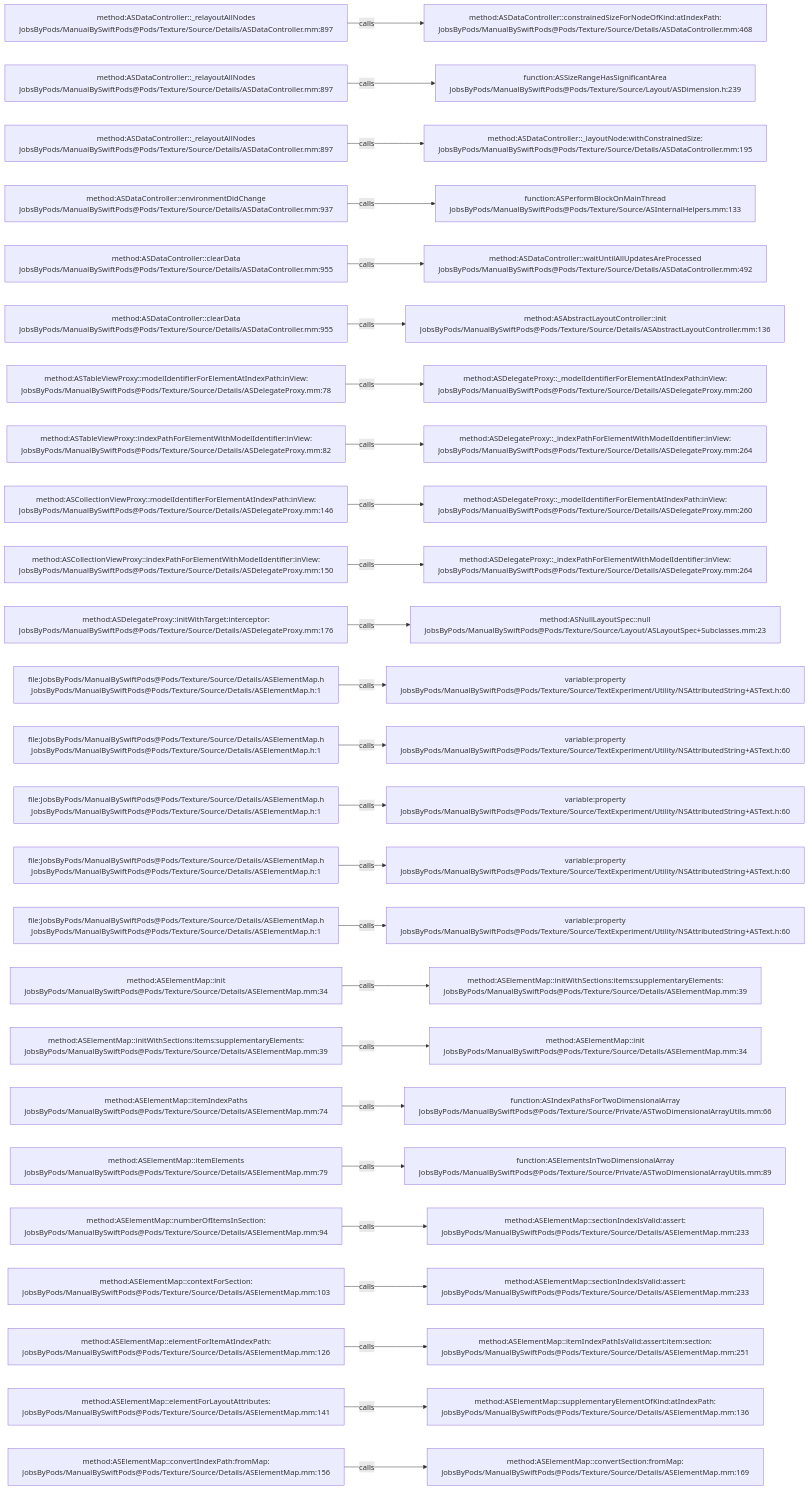
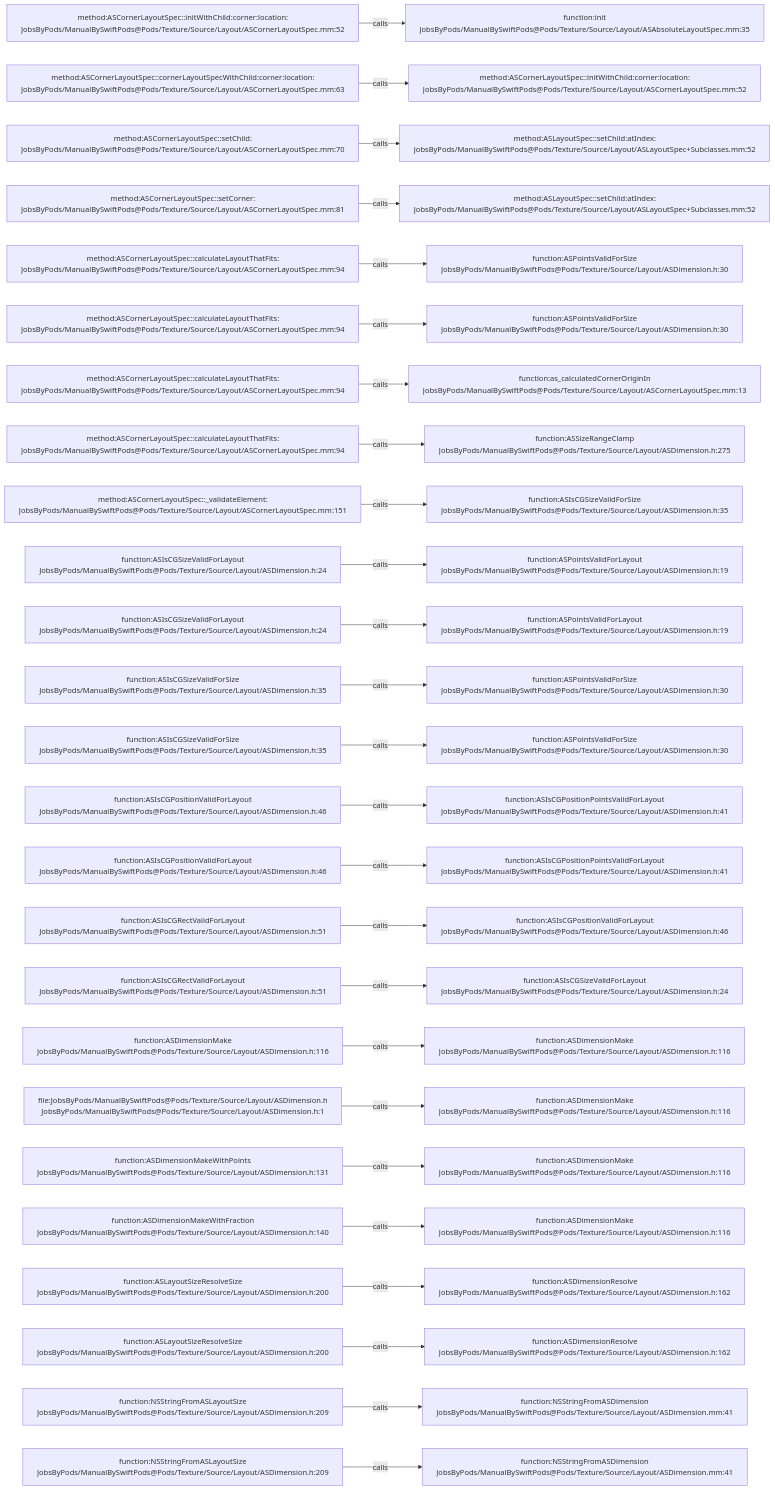
Before and after one commit to JobsKits/JobsSwiftBaseConfigDemo: the diagram in .codegraph/codegraph.md/graphs/calls-106.md, drawn with Mermaid. The commit also changed 832 other files, not shown here.

````diff
--- a/.codegraph/codegraph.md/graphs/calls-106.md
+++ b/.codegraph/codegraph.md/graphs/calls-106.md
@@ -13,78 +13,78 @@
 ```mermaid
 flowchart LR
-  S1["method:ASDataController::_relayoutAllNodes<br/>JobsByPods/ManualBySwiftPods@Pods/Texture/Source/Details/ASDataController.mm:897"]
-  T1["method:ASDataController::constrainedSizeForNodeOfKind:atIndexPath:<br/>JobsByPods/ManualBySwiftPods@Pods/Texture/Source/Details/ASDataController.mm:468"]
+  S1["method:ASCornerLayoutSpec::initWithChild:corner:location:<br/>JobsByPods/ManualBySwiftPods@Pods/Texture/Source/Layout/ASCornerLayoutSpec.mm:52"]
+  T1["function:init<br/>JobsByPods/ManualBySwiftPods@Pods/Texture/Source/Layout/ASAbsoluteLayoutSpec.mm:35"]
   S1 -->|calls| T1
-  S2["method:ASDataController::_relayoutAllNodes<br/>JobsByPods/ManualBySwiftPods@Pods/Texture/Source/Details/ASDataController.mm:897"]
-  T2["function:ASSizeRangeHasSignificantArea<br/>JobsByPods/ManualBySwiftPods@Pods/Texture/Source/Layout/ASDimension.h:239"]
+  S2["method:ASCornerLayoutSpec::cornerLayoutSpecWithChild:corner:location:<br/>JobsByPods/ManualBySwiftPods@Pods/Texture/Source/Layout/ASCornerLayoutSpec.mm:63"]
+  T2["method:ASCornerLayoutSpec::initWithChild:corner:location:<br/>JobsByPods/ManualBySwiftPods@Pods/Texture/Source/Layout/ASCornerLayoutSpec.mm:52"]
   S2 -->|calls| T2
-  S3["method:ASDataController::_relayoutAllNodes<br/>JobsByPods/ManualBySwiftPods@Pods/Texture/Source/Details/ASDataController.mm:897"]
-  T3["method:ASDataController::_layoutNode:withConstrainedSize:<br/>JobsByPods/ManualBySwiftPods@Pods/Texture/Source/Details/ASDataController.mm:195"]
+  S3["method:ASCornerLayoutSpec::setChild:<br/>JobsByPods/ManualBySwiftPods@Pods/Texture/Source/Layout/ASCornerLayoutSpec.mm:70"]
+  T3["method:ASLayoutSpec::setChild:atIndex:<br/>JobsByPods/ManualBySwiftPods@Pods/Texture/Source/Layout/ASLayoutSpec+Subclasses.mm:52"]
   S3 -->|calls| T3
-  S4["method:ASDataController::environmentDidChange<br/>JobsByPods/ManualBySwiftPods@Pods/Texture/Source/Details/ASDataController.mm:937"]
-  T4["function:ASPerformBlockOnMainThread<br/>JobsByPods/ManualBySwiftPods@Pods/Texture/Source/ASInternalHelpers.mm:133"]
+  S4["method:ASCornerLayoutSpec::setCorner:<br/>JobsByPods/ManualBySwiftPods@Pods/Texture/Source/Layout/ASCornerLayoutSpec.mm:81"]
+  T4["method:ASLayoutSpec::setChild:atIndex:<br/>JobsByPods/ManualBySwiftPods@Pods/Texture/Source/Layout/ASLayoutSpec+Subclasses.mm:52"]
   S4 -->|calls| T4
-  S5["method:ASDataController::clearData<br/>JobsByPods/ManualBySwiftPods@Pods/Texture/Source/Details/ASDataController.mm:955"]
-  T5["method:ASDataController::waitUntilAllUpdatesAreProcessed<br/>JobsByPods/ManualBySwiftPods@Pods/Texture/Source/Details/ASDataController.mm:492"]
+  S5["method:ASCornerLayoutSpec::calculateLayoutThatFits:<br/>JobsByPods/ManualBySwiftPods@Pods/Texture/Source/Layout/ASCornerLayoutSpec.mm:94"]
+  T5["function:ASPointsValidForSize<br/>JobsByPods/ManualBySwiftPods@Pods/Texture/Source/Layout/ASDimension.h:30"]
   S5 -->|calls| T5
-  S6["method:ASDataController::clearData<br/>JobsByPods/ManualBySwiftPods@Pods/Texture/Source/Details/ASDataController.mm:955"]
-  T6["method:ASAbstractLayoutController::init<br/>JobsByPods/ManualBySwiftPods@Pods/Texture/Source/Details/ASAbstractLayoutController.mm:136"]
+  S6["method:ASCornerLayoutSpec::calculateLayoutThatFits:<br/>JobsByPods/ManualBySwiftPods@Pods/Texture/Source/Layout/ASCornerLayoutSpec.mm:94"]
+  T6["function:ASPointsValidForSize<br/>JobsByPods/ManualBySwiftPods@Pods/Texture/Source/Layout/ASDimension.h:30"]
   S6 -->|calls| T6
-  S7["method:ASTableViewProxy::modelIdentifierForElementAtIndexPath:inView:<br/>JobsByPods/ManualBySwiftPods@Pods/Texture/Source/Details/ASDelegateProxy.mm:78"]
-  T7["method:ASDelegateProxy::_modelIdentifierForElementAtIndexPath:inView:<br/>JobsByPods/ManualBySwiftPods@Pods/Texture/Source/Details/ASDelegateProxy.mm:260"]
+  S7["method:ASCornerLayoutSpec::calculateLayoutThatFits:<br/>JobsByPods/ManualBySwiftPods@Pods/Texture/Source/Layout/ASCornerLayoutSpec.mm:94"]
+  T7["function:as_calculatedCornerOriginIn<br/>JobsByPods/ManualBySwiftPods@Pods/Texture/Source/Layout/ASCornerLayoutSpec.mm:13"]
   S7 -->|calls| T7
-  S8["method:ASTableViewProxy::indexPathForElementWithModelIdentifier:inView:<br/>JobsByPods/ManualBySwiftPods@Pods/Texture/Source/Details/ASDelegateProxy.mm:82"]
-  T8["method:ASDelegateProxy::_indexPathForElementWithModelIdentifier:inView:<br/>JobsByPods/ManualBySwiftPods@Pods/Texture/Source/Details/ASDelegateProxy.mm:264"]
+  S8["method:ASCornerLayoutSpec::calculateLayoutThatFits:<br/>JobsByPods/ManualBySwiftPods@Pods/Texture/Source/Layout/ASCornerLayoutSpec.mm:94"]
+  T8["function:ASSizeRangeClamp<br/>JobsByPods/ManualBySwiftPods@Pods/Texture/Source/Layout/ASDimension.h:275"]
   S8 -->|calls| T8
-  S9["method:ASCollectionViewProxy::modelIdentifierForElementAtIndexPath:inView:<br/>JobsByPods/ManualBySwiftPods@Pods/Texture/Source/Details/ASDelegateProxy.mm:146"]
-  T9["method:ASDelegateProxy::_modelIdentifierForElementAtIndexPath:inView:<br/>JobsByPods/ManualBySwiftPods@Pods/Texture/Source/Details/ASDelegateProxy.mm:260"]
+  S9["method:ASCornerLayoutSpec::_validateElement:<br/>JobsByPods/ManualBySwiftPods@Pods/Texture/Source/Layout/ASCornerLayoutSpec.mm:151"]
+  T9["function:ASIsCGSizeValidForSize<br/>JobsByPods/ManualBySwiftPods@Pods/Texture/Source/Layout/ASDimension.h:35"]
   S9 -->|calls| T9
-  S10["method:ASCollectionViewProxy::indexPathForElementWithModelIdentifier:inView:<br/>JobsByPods/ManualBySwiftPods@Pods/Texture/Source/Details/ASDelegateProxy.mm:150"]
-  T10["method:ASDelegateProxy::_indexPathForElementWithModelIdentifier:inView:<br/>JobsByPods/ManualBySwiftPods@Pods/Texture/Source/Details/ASDelegateProxy.mm:264"]
+  S10["function:ASIsCGSizeValidForLayout<br/>JobsByPods/ManualBySwiftPods@Pods/Texture/Source/Layout/ASDimension.h:24"]
+  T10["function:ASPointsValidForLayout<br/>JobsByPods/ManualBySwiftPods@Pods/Texture/Source/Layout/ASDimension.h:19"]
   S10 -->|calls| T10
-  S11["method:ASDelegateProxy::initWithTarget:interceptor:<br/>JobsByPods/ManualBySwiftPods@Pods/Texture/Source/Details/ASDelegateProxy.mm:176"]
-  T11["method:ASNullLayoutSpec::null<br/>JobsByPods/ManualBySwiftPods@Pods/Texture/Source/Layout/ASLayoutSpec+Subclasses.mm:23"]
+  S11["function:ASIsCGSizeValidForLayout<br/>JobsByPods/ManualBySwiftPods@Pods/Texture/Source/Layout/ASDimension.h:24"]
+  T11["function:ASPointsValidForLayout<br/>JobsByPods/ManualBySwiftPods@Pods/Texture/Source/Layout/ASDimension.h:19"]
   S11 -->|calls| T11
-  S12["file:JobsByPods/ManualBySwiftPods@Pods/Texture/Source/Details/ASElementMap.h<br/>JobsByPods/ManualBySwiftPods@Pods/Texture/Source/Details/ASElementMap.h:1"]
-  T12["variable:property<br/>JobsByPods/ManualBySwiftPods@Pods/Texture/Source/TextExperiment/Utility/NSAttributedString+ASText.h:60"]
+  S12["function:ASIsCGSizeValidForSize<br/>JobsByPods/ManualBySwiftPods@Pods/Texture/Source/Layout/ASDimension.h:35"]
+  T12["function:ASPointsValidForSize<br/>JobsByPods/ManualBySwiftPods@Pods/Texture/Source/Layout/ASDimension.h:30"]
   S12 -->|calls| T12
-  S13["file:JobsByPods/ManualBySwiftPods@Pods/Texture/Source/Details/ASElementMap.h<br/>JobsByPods/ManualBySwiftPods@Pods/Texture/Source/Details/ASElementMap.h:1"]
-  T13["variable:property<br/>JobsByPods/ManualBySwiftPods@Pods/Texture/Source/TextExperiment/Utility/NSAttributedString+ASText.h:60"]
+  S13["function:ASIsCGSizeValidForSize<br/>JobsByPods/ManualBySwiftPods@Pods/Texture/Source/Layout/ASDimension.h:35"]
+  T13["function:ASPointsValidForSize<br/>JobsByPods/ManualBySwiftPods@Pods/Texture/Source/Layout/ASDimension.h:30"]
   S13 -->|calls| T13
-  S14["file:JobsByPods/ManualBySwiftPods@Pods/Texture/Source/Details/ASElementMap.h<br/>JobsByPods/ManualBySwiftPods@Pods/Texture/Source/Details/ASElementMap.h:1"]
-  T14["variable:property<br/>JobsByPods/ManualBySwiftPods@Pods/Texture/Source/TextExperiment/Utility/NSAttributedString+ASText.h:60"]
+  S14["function:ASIsCGPositionValidForLayout<br/>JobsByPods/ManualBySwiftPods@Pods/Texture/Source/Layout/ASDimension.h:46"]
+  T14["function:ASIsCGPositionPointsValidForLayout<br/>JobsByPods/ManualBySwiftPods@Pods/Texture/Source/Layout/ASDimension.h:41"]
   S14 -->|calls| T14
-  S15["file:JobsByPods/ManualBySwiftPods@Pods/Texture/Source/Details/ASElementMap.h<br/>JobsByPods/ManualBySwiftPods@Pods/Texture/Source/Details/ASElementMap.h:1"]
-  T15["variable:property<br/>JobsByPods/ManualBySwiftPods@Pods/Texture/Source/TextExperiment/Utility/NSAttributedString+ASText.h:60"]
+  S15["function:ASIsCGPositionValidForLayout<br/>JobsByPods/ManualBySwiftPods@Pods/Texture/Source/Layout/ASDimension.h:46"]
+  T15["function:ASIsCGPositionPointsValidForLayout<br/>JobsByPods/ManualBySwiftPods@Pods/Texture/Source/Layout/ASDimension.h:41"]
   S15 -->|calls| T15
-  S16["file:JobsByPods/ManualBySwiftPods@Pods/Texture/Source/Details/ASElementMap.h<br/>JobsByPods/ManualBySwiftPods@Pods/Texture/Source/Details/ASElementMap.h:1"]
-  T16["variable:property<br/>JobsByPods/ManualBySwiftPods@Pods/Texture/Source/TextExperiment/Utility/NSAttributedString+ASText.h:60"]
+  S16["function:ASIsCGRectValidForLayout<br/>JobsByPods/ManualBySwiftPods@Pods/Texture/Source/Layout/ASDimension.h:51"]
+  T16["function:ASIsCGPositionValidForLayout<br/>JobsByPods/ManualBySwiftPods@Pods/Texture/Source/Layout/ASDimension.h:46"]
   S16 -->|calls| T16
-  S17["method:ASElementMap::init<br/>JobsByPods/ManualBySwiftPods@Pods/Texture/Source/Details/ASElementMap.mm:34"]
-  T17["method:ASElementMap::initWithSections:items:supplementaryElements:<br/>JobsByPods/ManualBySwiftPods@Pods/Texture/Source/Details/ASElementMap.mm:39"]
+  S17["function:ASIsCGRectValidForLayout<br/>JobsByPods/ManualBySwiftPods@Pods/Texture/Source/Layout/ASDimension.h:51"]
+  T17["function:ASIsCGSizeValidForLayout<br/>JobsByPods/ManualBySwiftPods@Pods/Texture/Source/Layout/ASDimension.h:24"]
   S17 -->|calls| T17
-  S18["method:ASElementMap::initWithSections:items:supplementaryElements:<br/>JobsByPods/ManualBySwiftPods@Pods/Texture/Source/Details/ASElementMap.mm:39"]
-  T18["method:ASElementMap::init<br/>JobsByPods/ManualBySwiftPods@Pods/Texture/Source/Details/ASElementMap.mm:34"]
+  S18["function:ASDimensionMake<br/>JobsByPods/ManualBySwiftPods@Pods/Texture/Source/Layout/ASDimension.h:116"]
+  T18["function:ASDimensionMake<br/>JobsByPods/ManualBySwiftPods@Pods/Texture/Source/Layout/ASDimension.h:116"]
   S18 -->|calls| T18
-  S19["method:ASElementMap::itemIndexPaths<br/>JobsByPods/ManualBySwiftPods@Pods/Texture/Source/Details/ASElementMap.mm:74"]
-  T19["function:ASIndexPathsForTwoDimensionalArray<br/>JobsByPods/ManualBySwiftPods@Pods/Texture/Source/Private/ASTwoDimensionalArrayUtils.mm:66"]
+  S19["file:JobsByPods/ManualBySwiftPods@Pods/Texture/Source/Layout/ASDimension.h<br/>JobsByPods/ManualBySwiftPods@Pods/Texture/Source/Layout/ASDimension.h:1"]
+  T19["function:ASDimensionMake<br/>JobsByPods/ManualBySwiftPods@Pods/Texture/Source/Layout/ASDimension.h:116"]
   S19 -->|calls| T19
-  S20["method:ASElementMap::itemElements<br/>JobsByPods/ManualBySwiftPods@Pods/Texture/Source/Details/ASElementMap.mm:79"]
-  T20["function:ASElementsInTwoDimensionalArray<br/>JobsByPods/ManualBySwiftPods@Pods/Texture/Source/Private/ASTwoDimensionalArrayUtils.mm:89"]
+  S20["function:ASDimensionMakeWithPoints<br/>JobsByPods/ManualBySwiftPods@Pods/Texture/Source/Layout/ASDimension.h:131"]
+  T20["function:ASDimensionMake<br/>JobsByPods/ManualBySwiftPods@Pods/Texture/Source/Layout/ASDimension.h:116"]
   S20 -->|calls| T20
-  S21["method:ASElementMap::numberOfItemsInSection:<br/>JobsByPods/ManualBySwiftPods@Pods/Texture/Source/Details/ASElementMap.mm:94"]
-  T21["method:ASElementMap::sectionIndexIsValid:assert:<br/>JobsByPods/ManualBySwiftPods@Pods/Texture/Source/Details/ASElementMap.mm:233"]
+  S21["function:ASDimensionMakeWithFraction<br/>JobsByPods/ManualBySwiftPods@Pods/Texture/Source/Layout/ASDimension.h:140"]
+  T21["function:ASDimensionMake<br/>JobsByPods/ManualBySwiftPods@Pods/Texture/Source/Layout/ASDimension.h:116"]
   S21 -->|calls| T21
-  S22["method:ASElementMap::contextForSection:<br/>JobsByPods/ManualBySwiftPods@Pods/Texture/Source/Details/ASElementMap.mm:103"]
-  T22["method:ASElementMap::sectionIndexIsValid:assert:<br/>JobsByPods/ManualBySwiftPods@Pods/Texture/Source/Details/ASElementMap.mm:233"]
+  S22["function:ASLayoutSizeResolveSize<br/>JobsByPods/ManualBySwiftPods@Pods/Texture/Source/Layout/ASDimension.h:200"]
+  T22["function:ASDimensionResolve<br/>JobsByPods/ManualBySwiftPods@Pods/Texture/Source/Layout/ASDimension.h:162"]
   S22 -->|calls| T22
-  S23["method:ASElementMap::elementForItemAtIndexPath:<br/>JobsByPods/ManualBySwiftPods@Pods/Texture/Source/Details/ASElementMap.mm:126"]
-  T23["method:ASElementMap::itemIndexPathIsValid:assert:item:section:<br/>JobsByPods/ManualBySwiftPods@Pods/Texture/Source/Details/ASElementMap.mm:251"]
+  S23["function:ASLayoutSizeResolveSize<br/>JobsByPods/ManualBySwiftPods@Pods/Texture/Source/Layout/ASDimension.h:200"]
+  T23["function:ASDimensionResolve<br/>JobsByPods/ManualBySwiftPods@Pods/Texture/Source/Layout/ASDimension.h:162"]
   S23 -->|calls| T23
-  S24["method:ASElementMap::elementForLayoutAttributes:<br/>JobsByPods/ManualBySwiftPods@Pods/Texture/Source/Details/ASElementMap.mm:141"]
-  T24["method:ASElementMap::supplementaryElementOfKind:atIndexPath:<br/>JobsByPods/ManualBySwiftPods@Pods/Texture/Source/Details/ASElementMap.mm:136"]
+  S24["function:NSStringFromASLayoutSize<br/>JobsByPods/ManualBySwiftPods@Pods/Texture/Source/Layout/ASDimension.h:209"]
+  T24["function:NSStringFromASDimension<br/>JobsByPods/ManualBySwiftPods@Pods/Texture/Source/Layout/ASDimension.mm:41"]
   S24 -->|calls| T24
-  S25["method:ASElementMap::convertIndexPath:fromMap:<br/>JobsByPods/ManualBySwiftPods@Pods/Texture/Source/Details/ASElementMap.mm:156"]
-  T25["method:ASElementMap::convertSection:fromMap:<br/>JobsByPods/ManualBySwiftPods@Pods/Texture/Source/Details/ASElementMap.mm:169"]
+  S25["function:NSStringFromASLayoutSize<br/>JobsByPods/ManualBySwiftPods@Pods/Texture/Source/Layout/ASDimension.h:209"]
+  T25["function:NSStringFromASDimension<br/>JobsByPods/ManualBySwiftPods@Pods/Texture/Source/Layout/ASDimension.mm:41"]
   S25 -->|calls| T25
 ```
````
